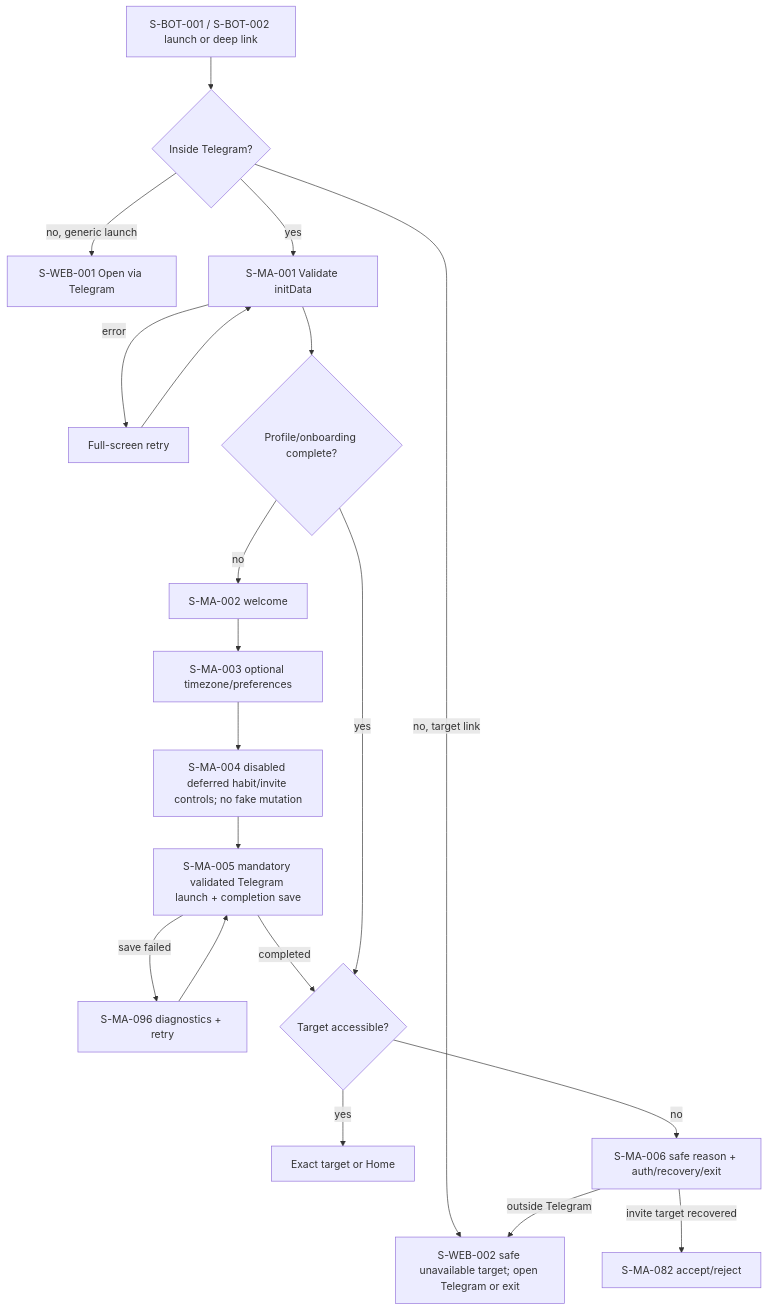
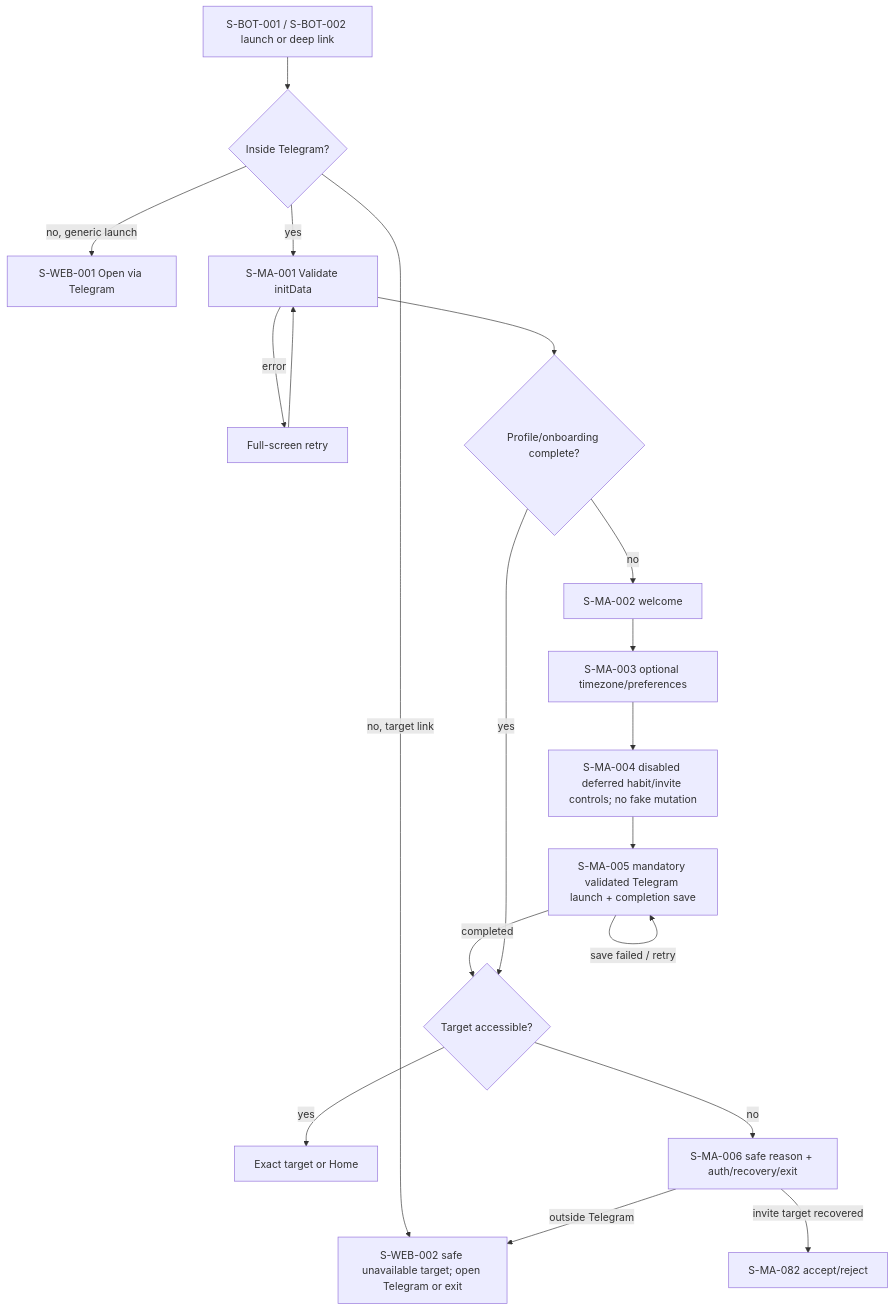
Before and after one commit to ozcnii/flowly: the diagram in docs/design/flows/diagrams/01-onboarding-auth.md, drawn with Mermaid. The commit also changed other lines of this file and 106 other files, not shown here.

````diff
--- a/docs/design/flows/diagrams/01-onboarding-auth.md
+++ b/docs/design/flows/diagrams/01-onboarding-auth.md
@@ -7,22 +7,21 @@
 ```mermaid
 flowchart TD
   A[S-BOT-001 / S-BOT-002 launch or deep link] --> T{Inside Telegram?}
   T -- no, generic launch --> W[S-WEB-001 Open via Telegram]
   T -- no, target link --> WT[S-WEB-002 safe unavailable target; open Telegram or exit]
   T -- yes --> V[S-MA-001 Validate initData]
   V -->|error| R[Full-screen retry]
   R --> V
   V --> O{Profile/onboarding complete?}
   O -- no --> S[S-MA-002 welcome]
   S --> P[S-MA-003 optional timezone/preferences]
   P --> I[S-MA-004 disabled deferred habit/invite controls; no fake mutation]
   I --> G[S-MA-005 mandatory validated Telegram launch + completion save]
-  G -->|save failed| D[S-MA-096 diagnostics + retry]
-  D --> G
+  G -->|save failed / retry| G
   G -->|completed| X{Target accessible?}
   O -- yes --> X
   X -- yes --> Z[Exact target or Home]
   X -- no --> U[S-MA-006 safe reason + auth/recovery/exit]
   U -->|invite target recovered| IV[S-MA-082 accept/reject]
   U -->|outside Telegram| WT
 ```
````
